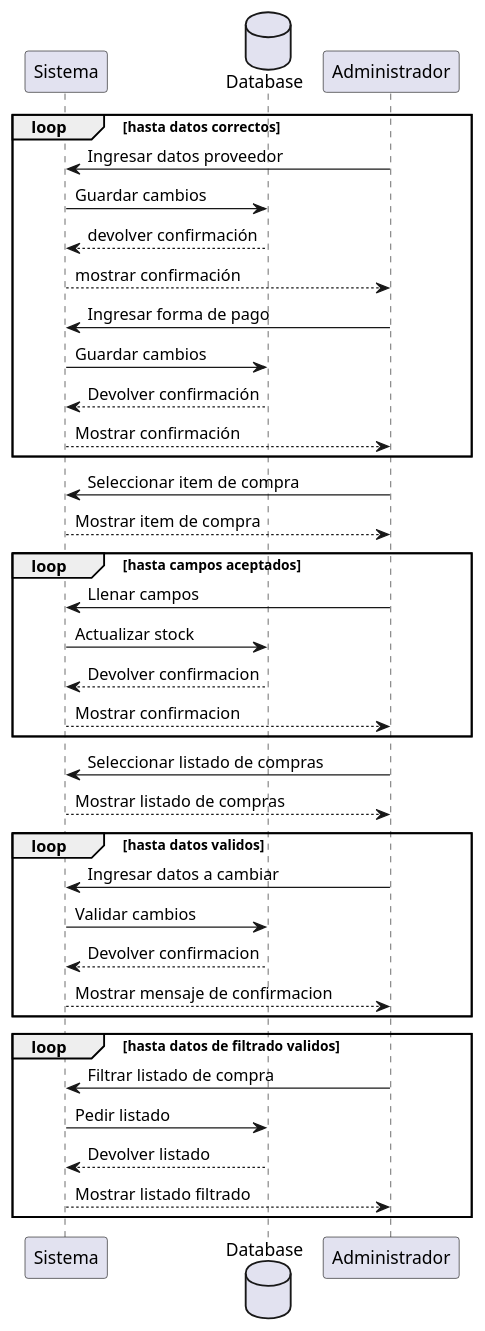
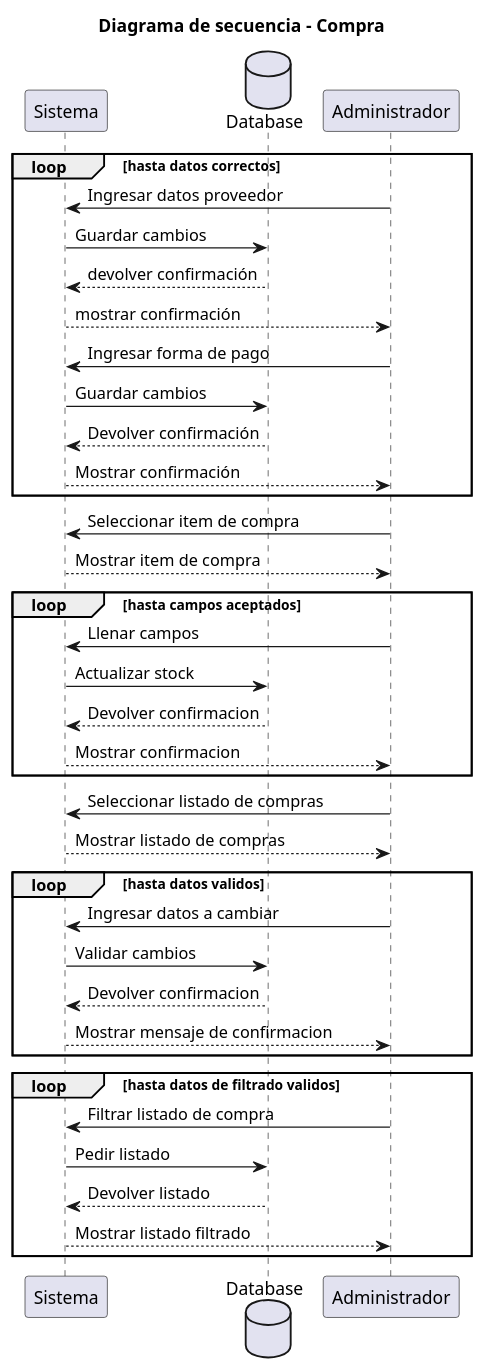
Before and after one commit to Luci1274/PPI_Proyecto_gomeria: the diagram in 08-Diagrama-secuencia/01_Registrar_compra.puml, drawn with PlantUML. The commit also changed 1 other file, not shown here.

Commit message:
Cambios en los diagramas

```diff
--- a/08-Diagrama-secuencia/01_Registrar_compra.puml
+++ b/08-Diagrama-secuencia/01_Registrar_compra.puml
@@ -1,39 +1,41 @@
-@startuml 
+@startuml Compra
+
+title Diagrama de secuencia - Compra
 
 participant Sistema
 database Database as DB
 
 loop hasta datos correctos
     Administrador -> Sistema: Ingresar datos proveedor
     Sistema -> DB: Guardar cambios
     DB --> Sistema: devolver confirmación
     Sistema --> Administrador: mostrar confirmación
     Administrador -> Sistema: Ingresar forma de pago
     Sistema -> DB: Guardar cambios
     DB --> Sistema: Devolver confirmación
     Sistema --> Administrador: Mostrar confirmación
 end
 Administrador -> Sistema: Seleccionar item de compra
 Sistema --> Administrador: Mostrar item de compra
 loop hasta campos aceptados
     Administrador -> Sistema: Llenar campos
     Sistema -> DB: Actualizar stock
     DB --> Sistema: Devolver confirmacion
     Sistema --> Administrador: Mostrar confirmacion
 end
 Administrador -> Sistema: Seleccionar listado de compras
 Sistema --> Administrador: Mostrar listado de compras
 loop hasta datos validos
     Administrador -> Sistema: Ingresar datos a cambiar
     Sistema -> DB: Validar cambios
     DB --> Sistema: Devolver confirmacion
     Sistema --> Administrador: Mostrar mensaje de confirmacion
 end
 loop hasta datos de filtrado validos
     Administrador -> Sistema: Filtrar listado de compra
     Sistema -> DB: Pedir listado
     DB --> Sistema: Devolver listado
     Sistema --> Administrador: Mostrar listado filtrado
 end
 
 @enduml
```
